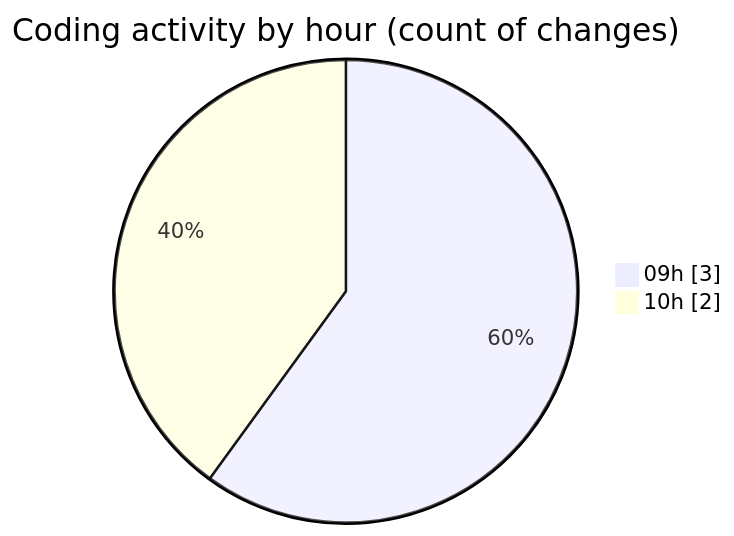
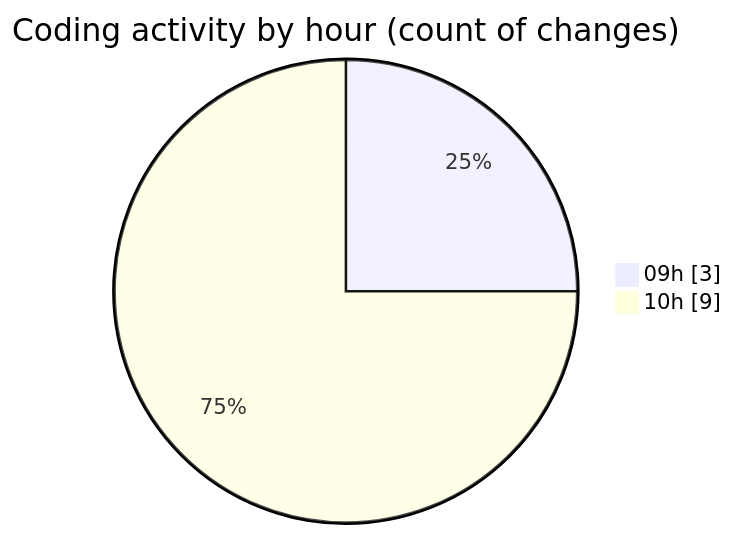
The second of 2 diagrams in 2025-11-19/cda/README.md (momahboobian/code-tracking), drawn with Mermaid before and after one commit. The commit also changed other lines of this file and 1 other file, not shown here.

````diff
--- a/2025-11-19/cda/README.md
+++ b/2025-11-19/cda/README.md
@@ -30,6 +30,6 @@
 ```mermaid
 pie showData
 title Coding activity by hour (count of changes)
 "09h" : 3
-"10h" : 2
+"10h" : 9
 ```
````
